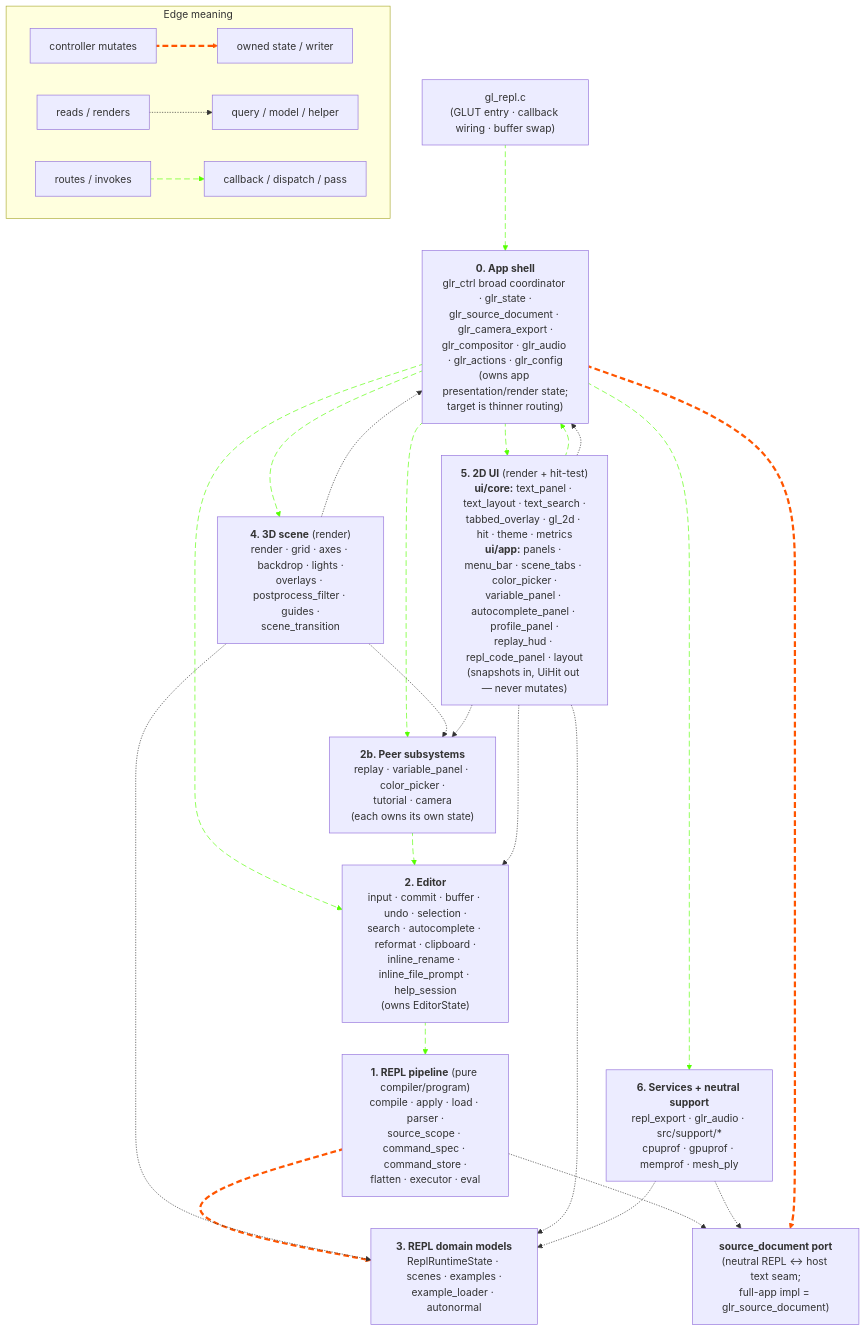
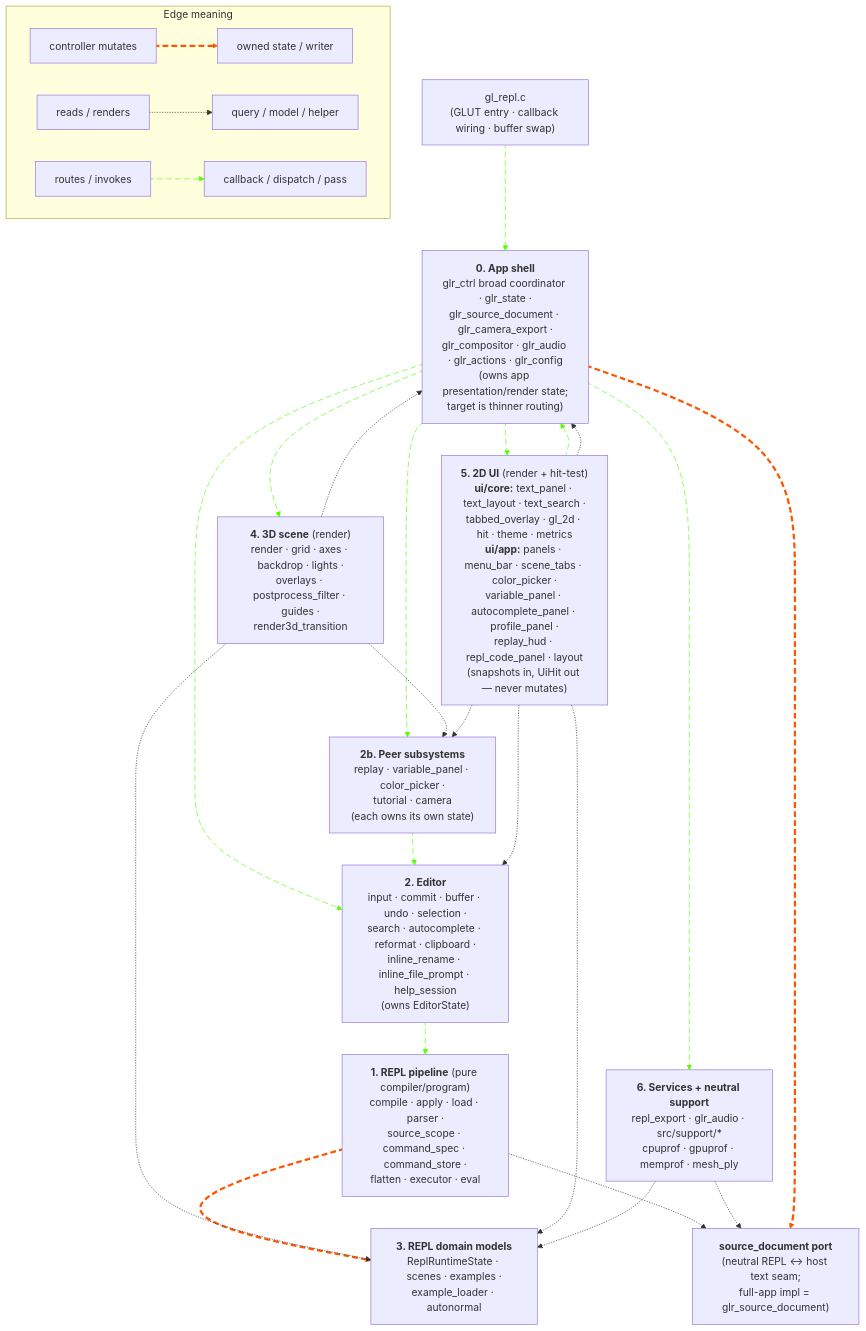
The first of 2 diagrams in docs/MODULES.md (drewwoods/gl-repl), drawn with Mermaid before and after one commit. The commit also changed other lines of this file and 7 other files, not shown here.

````diff
--- a/docs/MODULES.md
+++ b/docs/MODULES.md
@@ -626,79 +626,79 @@
 ```mermaid
 flowchart TB
     subgraph legend["Edge meaning"]
         lmut_a["controller mutates"] e1@==> lmut_b["owned state / writer"]
         lread_a["reads / renders"] -.-> lread_b["query / model / helper"]
         lflow_a["routes / invokes"] i1@--> lflow_b["callback / dispatch / pass"]
     end
 
     gl_repl["gl_repl.c<br/>(GLUT entry · callback wiring · buffer swap)"]
 
     app["<b>0. App shell</b><br/>glr_ctrl broad coordinator · glr_state ·<br/>glr_source_document · glr_camera_export ·<br/>glr_compositor · glr_audio · glr_actions · glr_config<br/>(owns app presentation/render state;<br/>target is thinner routing)"]
 
     editor["<b>2. Editor</b><br/>input · commit · buffer · undo · selection ·<br/>search · autocomplete · reformat · clipboard ·<br/>inline_rename · inline_file_prompt · help_session<br/>(owns EditorState)"]
 
     peers["<b>2b. Peer subsystems</b><br/>replay · variable_panel · color_picker ·<br/>tutorial · camera<br/>(each owns its own state)"]
 
     repl["<b>1. REPL pipeline</b> (pure compiler/program)<br/>compile · apply · load · parser ·<br/>source_scope · command_spec · command_store ·<br/>flatten · executor · eval"]
 
     models["<b>3. REPL domain models</b><br/>ReplRuntimeState · scenes · examples ·<br/>example_loader · autonormal"]
 
     srcdoc["<b>source_document port</b><br/>(neutral REPL ↔ host text seam;<br/>full-app impl = glr_source_document)"]
 
     ui["<b>5. 2D UI</b> (render + hit-test)<br/><b>ui/core:</b> text_panel · text_layout · text_search ·<br/>tabbed_overlay · gl_2d · hit · theme · metrics<br/><b>ui/app:</b> panels · menu_bar · scene_tabs · color_picker ·<br/>variable_panel · autocomplete_panel · profile_panel ·<br/>replay_hud · repl_code_panel · layout<br/>(snapshots in, UiHit out — never mutates)"]
 
-    scene["<b>4. 3D scene</b> (render)<br/>render · grid · axes · backdrop · lights ·<br/>overlays · postprocess_filter · guides ·<br/>scene_transition"]
+    scene["<b>4. 3D scene</b> (render)<br/>render · grid · axes · backdrop · lights ·<br/>overlays · postprocess_filter · guides ·<br/>render3d_transition"]
 
     services["<b>6. Services + neutral support</b><br/>repl_export · glr_audio · src/support/*<br/>cpuprof · gpuprof · memprof · mesh_ply"]
 
     %% Raw input flow: gl_repl.c hands GLUT events to the app shell. UI
     %% hit-tests are passive — they compute a UiHit and hand it back to
     %% the controller for dispatch.
     gl_repl i2@--> app
     ui i3@--> app
 
     %% App shell routes raw input to the owning subsystem, drives the
     %% frame, and calls UI/scene/services.
     app i4@--> editor
     app i5@--> peers
     app i6@--> scene
     app i7@--> ui
     app i8@--> services
 
     %% Editor commit is the only path crossing INTO the REPL pipeline.
     %% REPL apply / command_store mutates the program model.
     editor i9@--> repl
     repl e2@==> models
 
     %% Peers write back through the editor (color_picker rewrites a
     %% source line via editor_commit_apply_external_change; the
     %% variable_panel drag rewrites a numeric token the same way).
     peers i10@--> editor
 
     %% Source-document port: REPL pipeline reads/writes source text
     %% through the neutral port, and services read source through it
     %% too. The full-app adapter (app layer) delegates writes to the
     %% editor buffer — editor stays the single underlying writer.
     repl -.-> srcdoc
     services -.-> srcdoc
     app e3@==> srcdoc
 
     %% Render is read-only: scene and UI consume snapshots of program /
     %% editor / peer / app state. They never mutate.
     scene -.-> models
     scene -.-> peers
     scene -.-> app
     ui -.-> editor
     ui -.-> models
     ui -.-> peers
     ui -.-> app
 
     %% Services read program and editor state to persist/replay.
     services -.-> models
 
     classDef animateE stroke:#f50,stroke-dasharray: 9\,5,stroke-dashoffset: 900,animation: dash 90s linear infinite;
     classDef animateF stroke:#5f0,stroke-dasharray: 9\,5,stroke-dashoffset: 900,animation: dash 90s linear infinite;
 
     class e1,e2,e3 animateE
     class i1,i2,i3,i4,i5,i6,i7,i8,i9,i10 animateF
 ```
````
